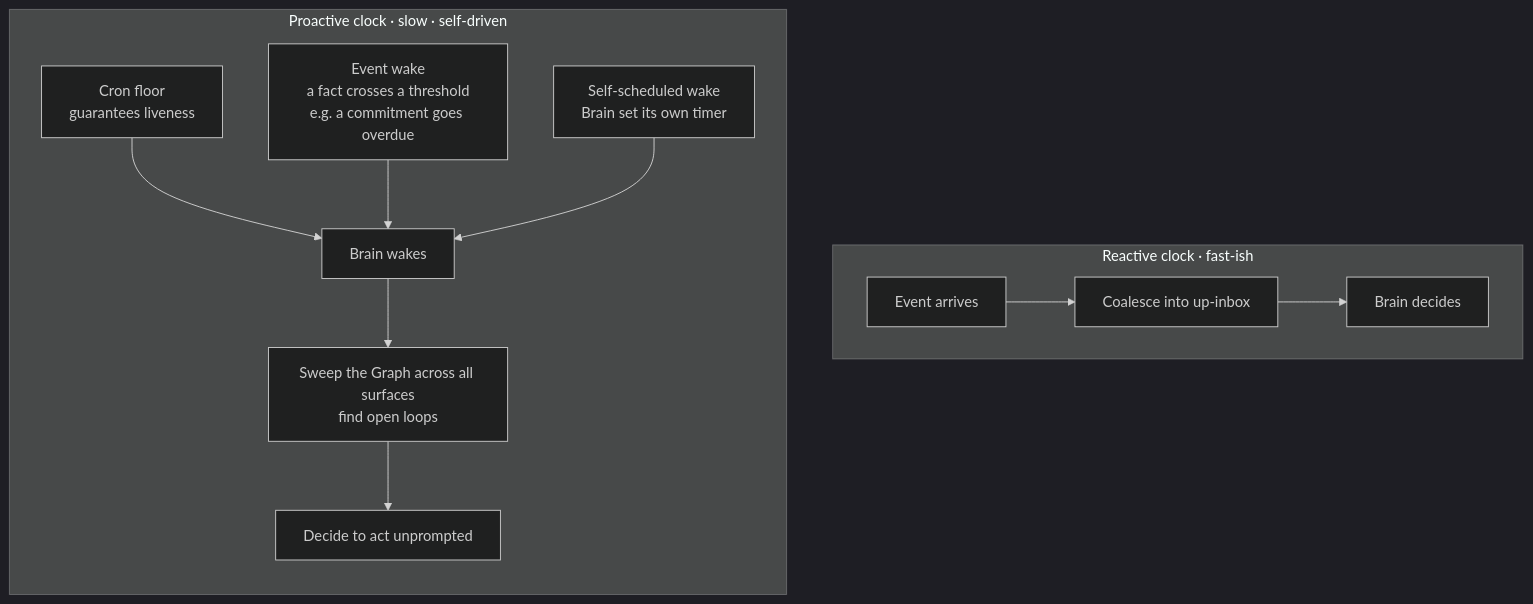
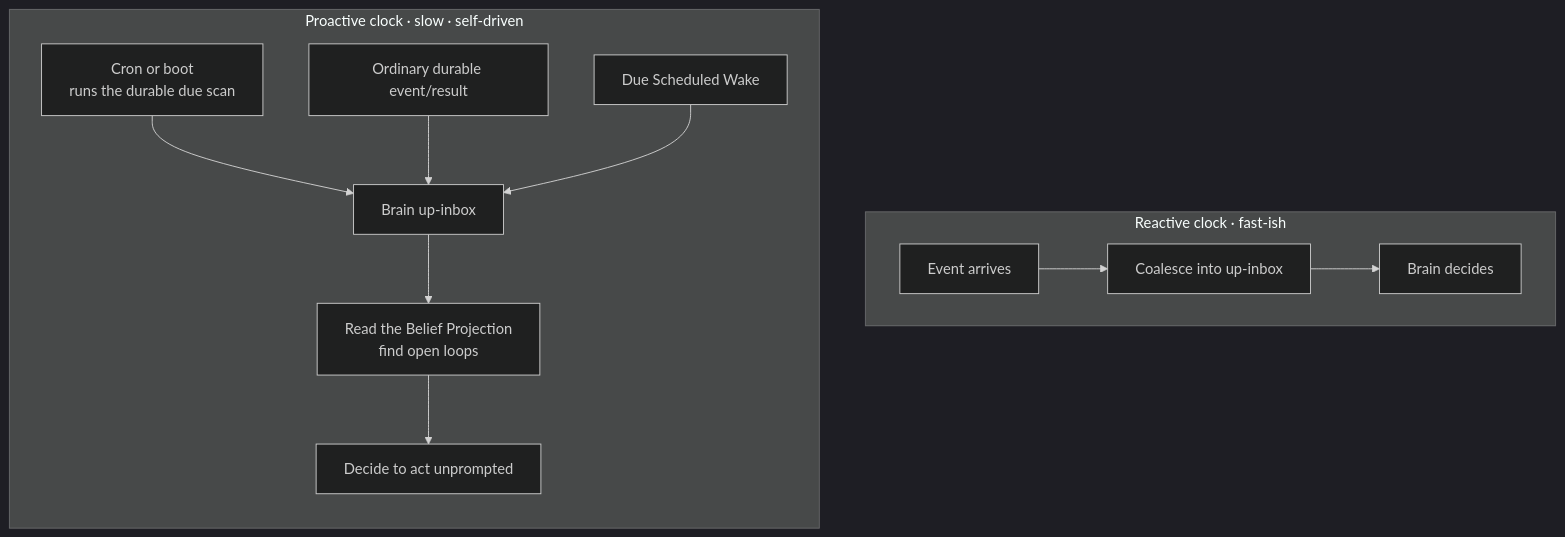
One commit to AaronAbuUsama/whatsappd-github-agent changed the fourth of 5 diagrams in docs/SYSTEM-ARCHITECTURE.md. Above: the diagram before and after it, drawn with Mermaid (dark theme). The commit also changed other lines of this file and 8 other files, not shown here.

First line of the commit message:
docs: reconcile coworker architecture decisions (#290)

````diff
--- a/docs/SYSTEM-ARCHITECTURE.md
+++ b/docs/SYSTEM-ARCHITECTURE.md
@@ -368,13 +408,13 @@
 ```mermaid
 flowchart TB
   subgraph reactive[Reactive clock · fast-ish]
     R1[Event arrives] --> R2[Coalesce into up-inbox] --> R3[Brain decides]
   end
   subgraph proactive[Proactive clock · slow · self-driven]
     direction TB
-    P0[Cron floor<br/>guarantees liveness] --> PW[Brain wakes]
-    P1[Event wake<br/>a fact crosses a threshold<br/>e.g. a commitment goes overdue] --> PW
-    P2[Self-scheduled wake<br/>Brain set its own timer] --> PW
-    PW --> P3[Sweep the Graph across all surfaces<br/>find open loops] --> P4[Decide to act unprompted]
+    P0[Cron or boot<br/>runs the durable due scan] --> PI[Brain up-inbox]
+    P1[Ordinary durable event/result] --> PI
+    P2[Due Scheduled Wake] --> PI
+    PI --> P3[Read the Belief Projection<br/>find open loops] --> P4[Decide to act unprompted]
   end
 ```
````
